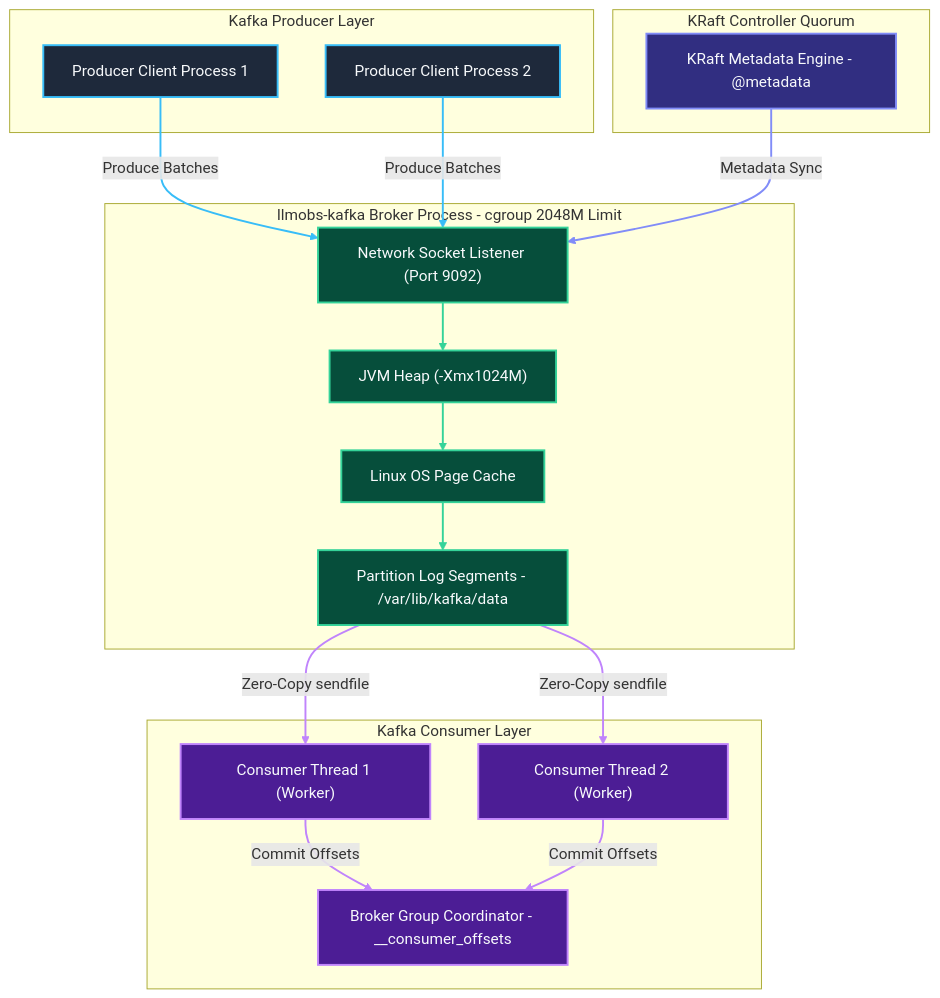
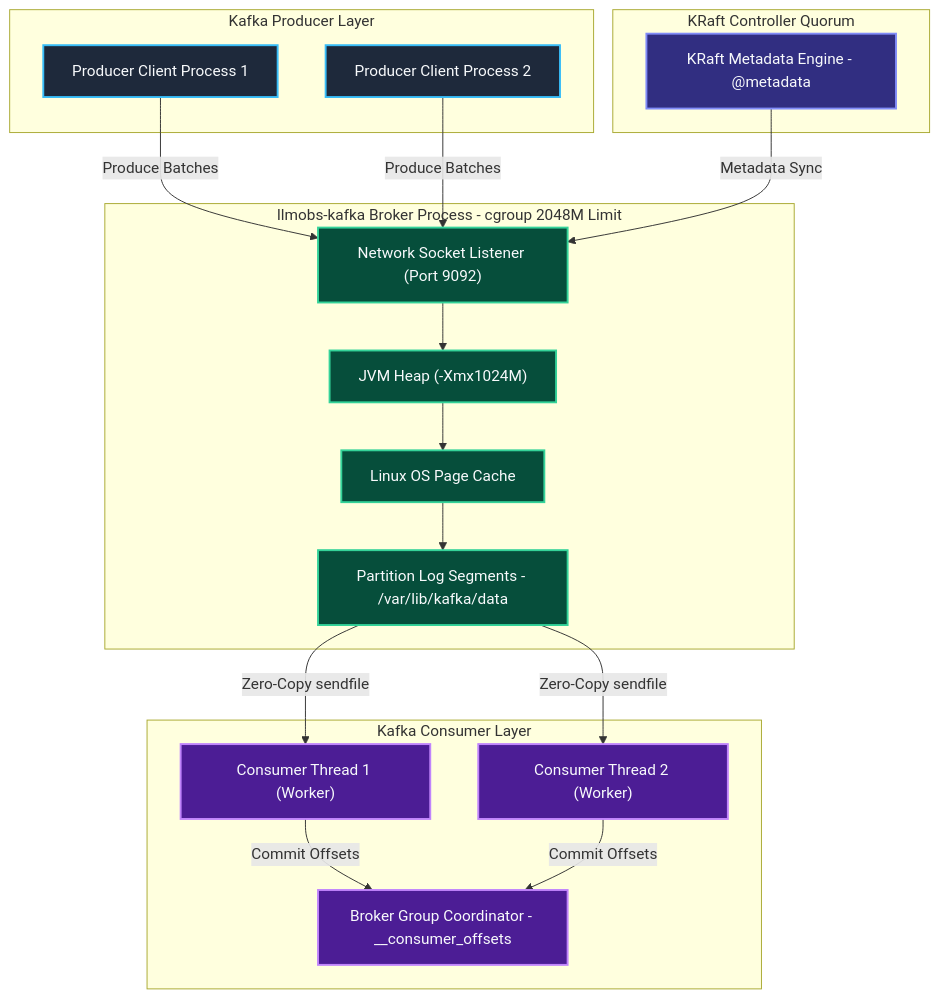
Before and after one commit to Chief-Strategist-J/llm-obs-infra: the first of 24 diagrams in docs/configDoc/kafka-configuration-guide.md, drawn with Mermaid. The commit also changed other lines of this file, not shown here.

Commit message:
fix(kafka-docs): remove linkStyle directives and replace ampersands in Mermaid diagrams to eliminate GitHub rendering crashes

````diff
--- a/docs/configDoc/kafka-configuration-guide.md
+++ b/docs/configDoc/kafka-configuration-guide.md
@@ -370,53 +370,48 @@
 ```mermaid
 graph TD
     subgraph KafkaProducerCluster ["Kafka Producer Layer"]
         P1["Producer Client Process 1"]
         P2["Producer Client Process 2"]
     end
 
     subgraph BrokerCore ["llmobs-kafka Broker Process - cgroup 2048M Limit"]
         NetListener["Network Socket Listener (Port 9092)"]
         JVMHeap["JVM Heap (-Xmx1024M)"]
         PageCache["Linux OS Page Cache"]
         LogStorage["Partition Log Segments - /var/lib/kafka/data"]
     end
 
     subgraph KRaftQuorum ["KRaft Controller Quorum"]
         KRaftEngine["KRaft Metadata Engine - @metadata"]
     end
 
     subgraph KafkaConsumerCluster ["Kafka Consumer Layer"]
         C1["Consumer Thread 1 (Worker)"]
         C2["Consumer Thread 2 (Worker)"]
         Coord["Broker Group Coordinator - __consumer_offsets"]
     end
 
     P1 -->|Produce Batches| NetListener
     P2 -->|Produce Batches| NetListener
     NetListener --> JVMHeap
     JVMHeap --> PageCache
     PageCache --> LogStorage
 
     KRaftEngine -->|Metadata Sync| NetListener
 
     LogStorage -->|Zero-Copy sendfile| C1
     LogStorage -->|Zero-Copy sendfile| C2
     C1 -->|Commit Offsets| Coord
     C2 -->|Commit Offsets| Coord
 
     style P1 fill:#1e293b,stroke:#38bdf8,stroke-width:2px,color:#f8fafc
     style P2 fill:#1e293b,stroke:#38bdf8,stroke-width:2px,color:#f8fafc
     style NetListener fill:#064e3b,stroke:#34d399,stroke-width:2px,color:#f8fafc
     style JVMHeap fill:#064e3b,stroke:#34d399,stroke-width:2px,color:#f8fafc
     style PageCache fill:#064e3b,stroke:#34d399,stroke-width:2px,color:#f8fafc
     style LogStorage fill:#064e3b,stroke:#34d399,stroke-width:2px,color:#f8fafc
     style KRaftEngine fill:#312e81,stroke:#818cf8,stroke-width:2px,color:#f8fafc
     style C1 fill:#4c1d95,stroke:#c084fc,stroke-width:2px,color:#f8fafc
     style C2 fill:#4c1d95,stroke:#c084fc,stroke-width:2px,color:#f8fafc
     style Coord fill:#4c1d95,stroke:#c084fc,stroke-width:2px,color:#f8fafc
-
-    linkStyle 0,1 stroke:#38bdf8,stroke-width:2px;
-    linkStyle 2,3,4 stroke:#34d399,stroke-width:2px;
-    linkStyle 5 stroke:#818cf8,stroke-width:2px;
-    linkStyle 6,7,8,9 stroke:#c084fc,stroke-width:2px;
 ```
````
